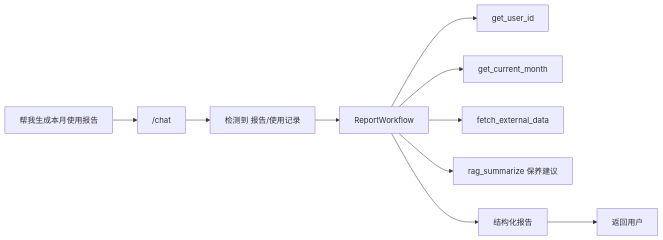
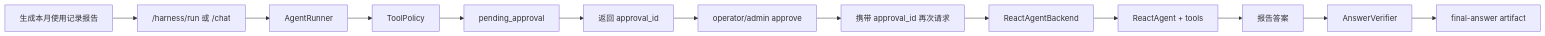
One commit to sleeping-Zack/agentproject changed diagram 18 of 20 in README.md. Above: the diagram before and after it, drawn with Mermaid. The commit also changed other lines of this file, not shown here.

Commit message:
docs: refresh architecture diagrams for harness control layer

````diff
--- a/README.md
+++ b/README.md
@@ -493,12 +737,15 @@
 ```mermaid
 flowchart LR
-    User["帮我生成本月使用报告"] --> API["/chat"]
-    API --> Detect["检测到 报告/使用记录"]
-    Detect --> WF["ReportWorkflow"]
-    WF --> UID["get_user_id"]
-    WF --> Month["get_current_month"]
-    WF --> Record["fetch_external_data"]
-    WF --> RAG["rag_summarize 保养建议"]
-    WF --> Report["结构化报告"]
-    Report --> Resp["返回用户"]
+    User["生成本月使用记录报告"] --> API["/harness/run 或 /chat"]
+    API --> Runner["AgentRunner"]
+    Runner --> Policy["ToolPolicy"]
+    Policy --> Pending["pending_approval"]
+    Pending --> ApprovalID["返回 approval_id"]
+    ApprovalID --> Operator["operator/admin approve"]
+    Operator --> Rerun["携带 approval_id 再次请求"]
+    Rerun --> Backend["ReactAgentBackend"]
+    Backend --> Agent["ReactAgent + tools"]
+    Agent --> Report["报告答案"]
+    Report --> Verifier["AnswerVerifier"]
+    Verifier --> Artifact["final-answer artifact"]
 ```
````
